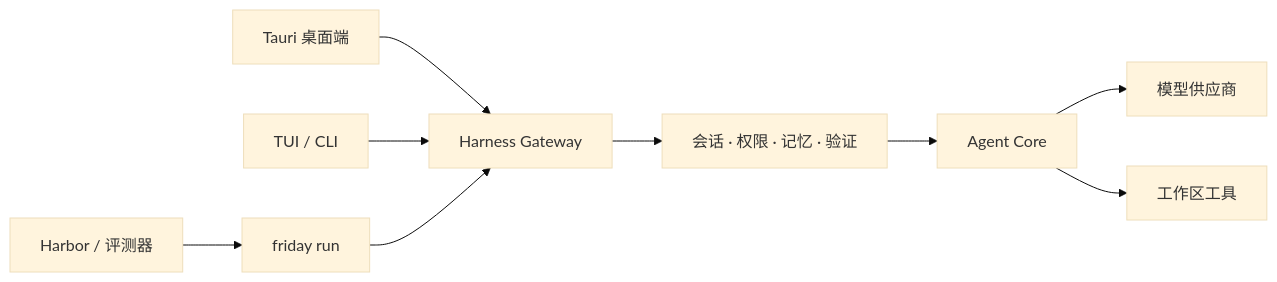
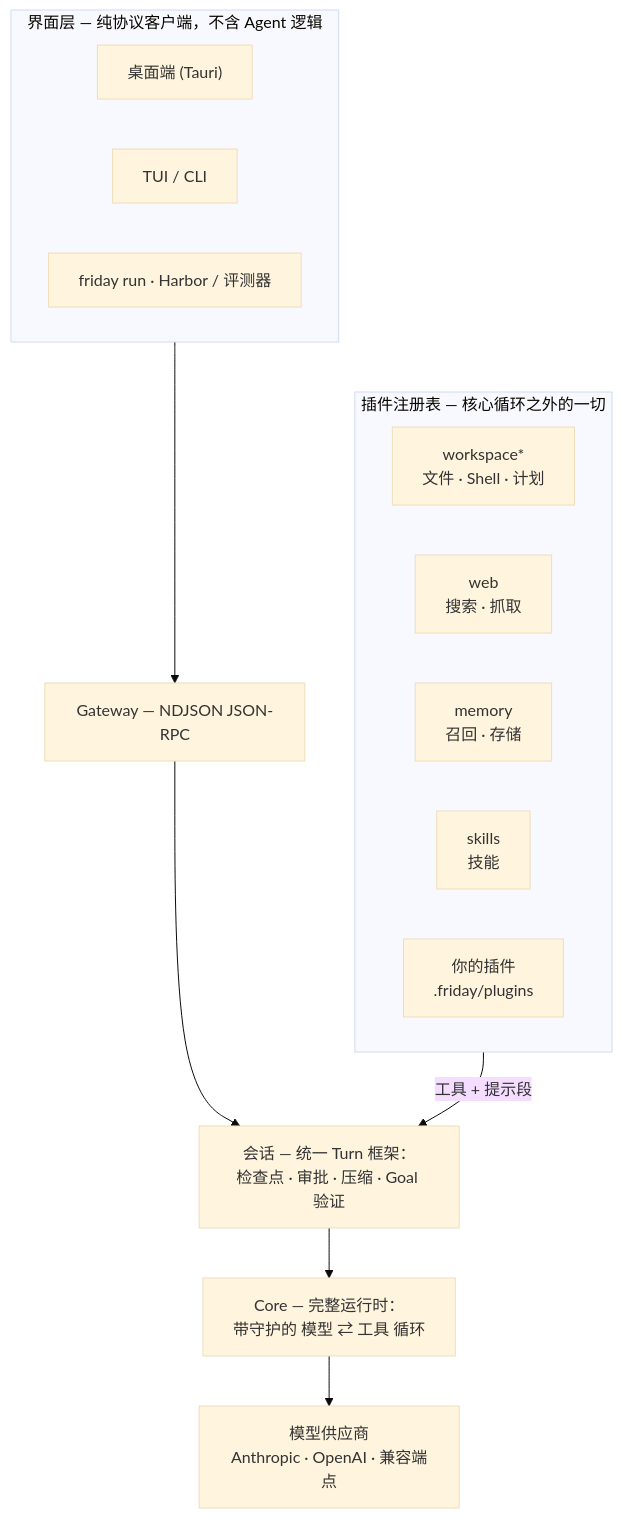
One commit to Lancetwang/friday changed the diagram in README.zh-CN.md. Above: the diagram before and after it, drawn with Mermaid (base theme). The commit also changed other lines of this file and 28 other files, not shown here.

````diff
--- a/README.zh-CN.md
+++ b/README.zh-CN.md
@@ -110,10 +110,22 @@
 ```mermaid
-flowchart LR
-    Desktop["Tauri 桌面端"] --> Gateway["Harness Gateway"]
-    TUI["TUI / CLI"] --> Gateway
-    Eval["Harbor / 评测器"] --> Run["friday run"] --> Gateway
-    Gateway --> Harness["会话 · 权限 · 记忆 · 验证"]
-    Harness --> Core["Agent Core"]
-    Core --> Models["模型供应商"]
-    Core --> Tools["工作区工具"]
+flowchart TB
+    subgraph Surfaces["界面层 — 纯协议客户端，不含 Agent 逻辑"]
+        direction LR
+        Desktop["桌面端 (Tauri)"]
+        TUI["TUI / CLI"]
+        Headless["friday run · Harbor / 评测器"]
+    end
+    Surfaces --> Gateway["Gateway — NDJSON JSON-RPC"]
+    Gateway --> Session["会话 — 统一 Turn 框架：<br/>检查点 · 审批 · 压缩 · Goal 验证"]
+    subgraph Registry["插件注册表 — 核心循环之外的一切"]
+        direction LR
+        Workspace["workspace*<br/>文件 · Shell · 计划"]
+        Web["web<br/>搜索 · 抓取"]
+        Memory["memory<br/>召回 · 存储"]
+        Skills["skills<br/>技能"]
+        External["你的插件<br/>.friday/plugins"]
+    end
+    Registry -- "工具 + 提示段" --> Session
+    Session --> Core["Core — 完整运行时：<br/>带守护的 模型 ⇄ 工具 循环"]
+    Core --> Providers["模型供应商<br/>Anthropic · OpenAI · 兼容端点"]
 ```
````
